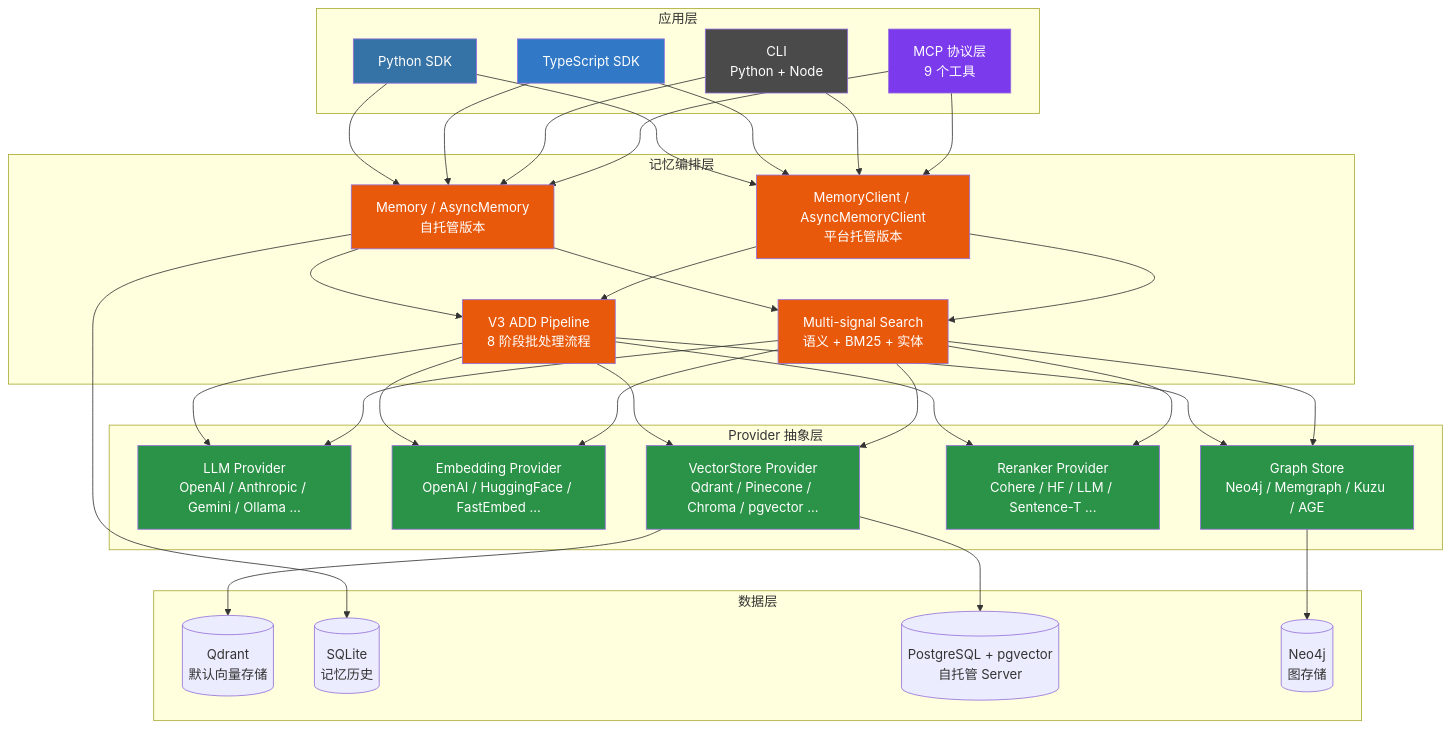
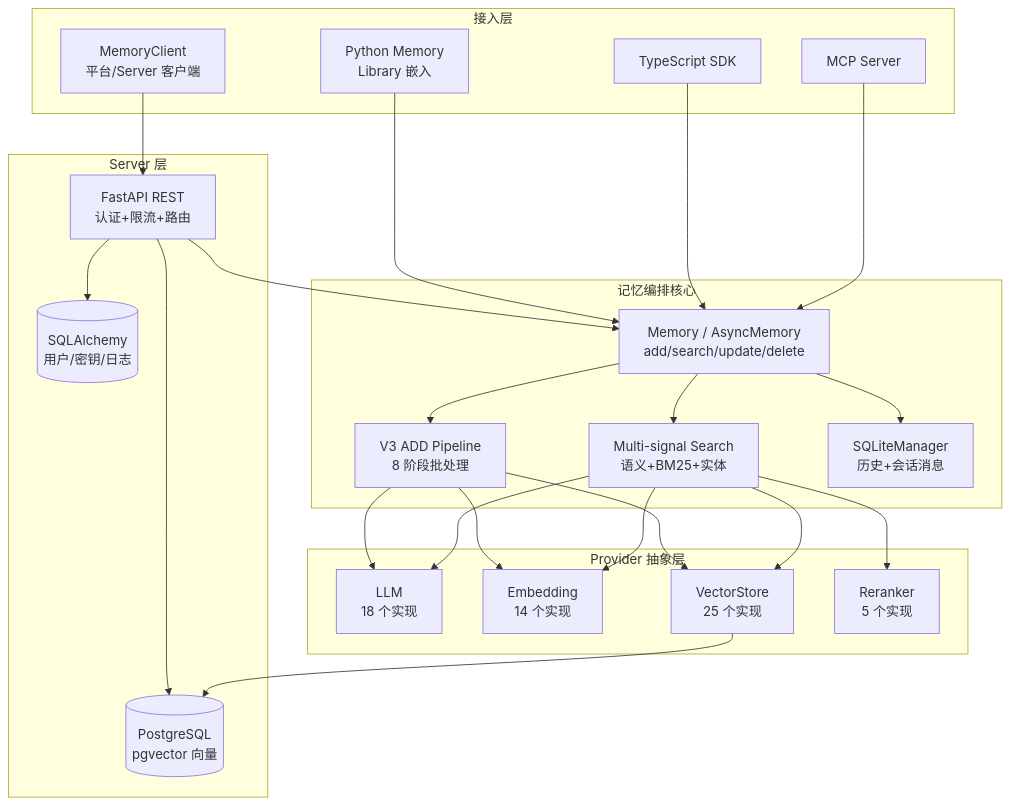
One commit to morehao/oss-insights changed the diagram in agent-product/mem0/README.md. Above: the diagram before and after it, drawn with Mermaid. The commit also changed other lines of this file and 73 other files, not shown here.

````diff
--- a/agent-product/mem0/README.md
+++ b/agent-product/mem0/README.md
@@ -73,45 +63,48 @@
 ```mermaid
 graph TB
-    subgraph "应用层"
-        A1[Python SDK]:::py
-        A2[TypeScript SDK]:::ts
-        A3[CLI<br/>Python + Node]:::cli
-        A4[MCP 协议层<br/>9 个工具]:::mcp
+    subgraph "接入层"
+        A1["Python Memory<br>Library 嵌入"]
+        A2[TypeScript SDK]
+        A3["MemoryClient<br>平台/Server 客户端"]
+        A4[MCP Server]
     end
 
-    subgraph "记忆编排层"
-        B1[Memory / AsyncMemory<br/>自托管版本]:::core
-        B2[MemoryClient / AsyncMemoryClient<br/>平台托管版本]:::core
-        B3[V3 ADD Pipeline<br/>8 阶段批处理流程]:::core
-        B4[Multi-signal Search<br/>语义 + BM25 + 实体]:::core
+    subgraph "记忆编排核心"
+        B1["Memory / AsyncMemory<br>add/search/update/delete"]
+        B2["V3 ADD Pipeline<br>8 阶段批处理"]
+        B3["Multi-signal Search<br>语义+BM25+实体"]
+        B4["SQLiteManager<br>历史+会话消息"]
     end
 
     subgraph "Provider 抽象层"
-        C1[LLM Provider<br/>OpenAI / Anthropic / Gemini / Ollama ...]:::prov
-        C2[Embedding Provider<br/>OpenAI / HuggingFace / FastEmbed ...]:::prov
-        C3[VectorStore Provider<br/>Qdrant / Pinecone / Chroma / pgvector ...]:::prov
-        C4[Reranker Provider<br/>Cohere / HF / LLM / Sentence-T ...]:::prov
-        C5[Graph Store<br/>Neo4j / Memgraph / Kuzu / AGE]:::prov
+        C1["LLM<br>18 个实现"]
+        C2["Embedding<br>14 个实现"]
+        C3["VectorStore<br>25 个实现"]
+        C4["Reranker<br>5 个实现"]
     end
 
-    subgraph "数据层"
-        D1[(Qdrant<br/>默认向量存储)]
-        D2[(SQLite<br/>记忆历史)]
-        D3[(PostgreSQL + pgvector<br/>自托管 Server)]
-        D4[(Neo4j<br/>图存储)]
+    subgraph "Server 层"
+        D1["FastAPI REST<br>认证+限流+路由"]
+        D2[("PostgreSQL<br>pgvector 向量")]
+        D3[("SQLAlchemy<br>用户/密钥/日志")]
     end
 
-    A1 & A2 & A3 & A4 --> B1 & B2
-    B1 & B2 --> B3 & B4
-    B3 & B4 --> C1 & C2 & C3 & C4 & C5
-    C3 --> D1 & D3
-    C5 --> D4
-    B1 --> D2
-
-    classDef py fill:#3572A5,color:#fff
-    classDef ts fill:#3178C6,color:#fff
-    classDef cli fill:#4A4A4A,color:#fff
-    classDef mcp fill:#7C3AED,color:#fff
-    classDef core fill:#E8590C,color:#fff
-    classDef prov fill:#2B9348,color:#fff
+    A1 --> B1
+    A2 --> B1
+    A3 --> D1
+    A4 --> B1
+    B1 --> B2
+    B1 --> B3
+    B1 --> B4
+    B2 --> C1
+    B2 --> C2
+    B2 --> C3
+    B3 --> C1
+    B3 --> C2
+    B3 --> C3
+    B3 --> C4
+    D1 --> B1
+    D1 --> D2
+    D1 --> D3
+    C3 --> D2
 ```
````
